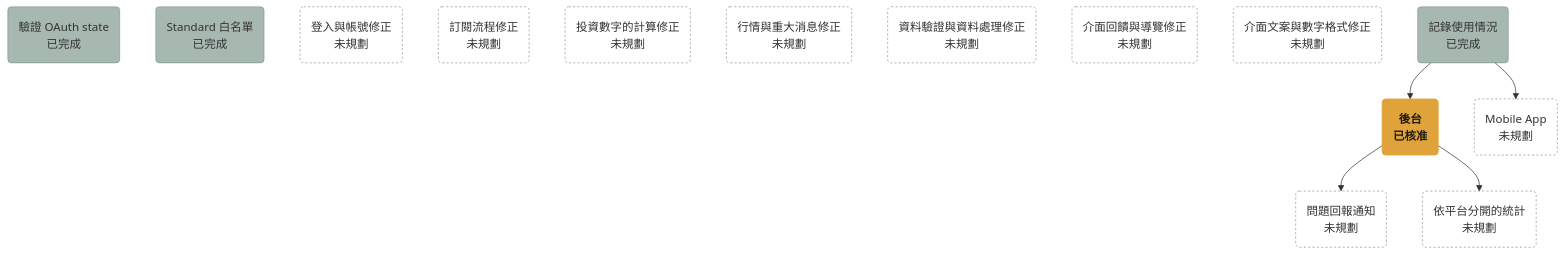
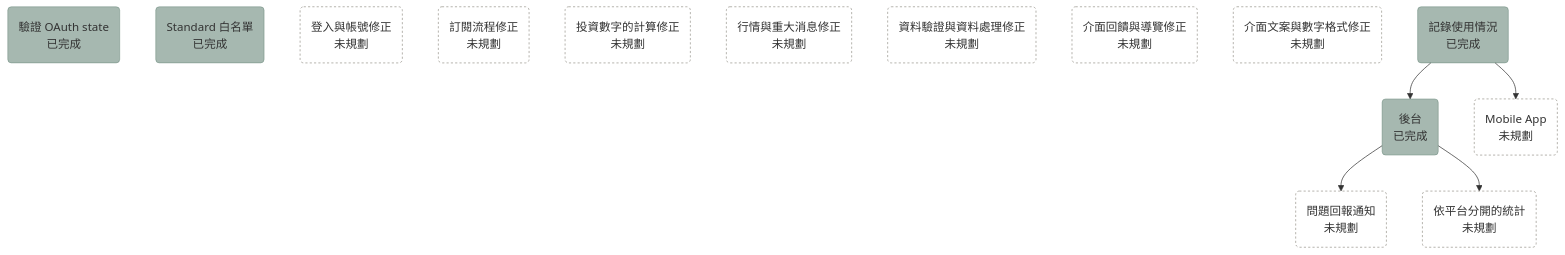
The diagram in docs/plans/roadmap.md (bingyangchen/taigu), drawn with Mermaid before and after one commit. The commit also changed other lines of this file and 64 other files, not shown here.

Commit message:
[impl 0004] Add an admin console (#227)

````diff
--- a/docs/plans/roadmap.md
+++ b/docs/plans/roadmap.md
@@ -7,24 +7,24 @@
 ```mermaid
 flowchart TD
   oauth_state_check("驗證 OAuth state<br/>已完成"):::done
   standard_whitelist("Standard 白名單<br/>已完成"):::done
   login_account_fixes("登入與帳號修正<br/>未規劃"):::unplanned
   billing_fixes("訂閱流程修正<br/>未規劃"):::unplanned
   calculation_fixes("投資數字的計算修正<br/>未規劃"):::unplanned
   market_data_fixes("行情與重大消息修正<br/>未規劃"):::unplanned
   data_fixes("資料驗證與資料處理修正<br/>未規劃"):::unplanned
   ui_feedback_fixes("介面回饋與導覽修正<br/>未規劃"):::unplanned
   copy_fixes("介面文案與數字格式修正<br/>未規劃"):::unplanned
   usage_recording("記錄使用情況<br/>已完成"):::done
-  admin_console("後台<br/>已核准"):::approved
+  admin_console("後台<br/>已完成"):::done
   issue_report_notification("問題回報通知<br/>未規劃"):::unplanned
   per_platform_stats("依平台分開的統計<br/>未規劃"):::unplanned
   mobile_app("Mobile App<br/>未規劃"):::unplanned
   usage_recording --> admin_console
   usage_recording --> mobile_app
   admin_console --> issue_report_notification
   admin_console --> per_platform_stats
   classDef done fill:#4f726280,stroke:#4f726280
   classDef approved fill:#e0a33a,stroke:#e0a33a,color:#1f1a12,font-weight:bold
   classDef unplanned fill:none,stroke:#9a978f,stroke-dasharray:3 3
 ```
````
